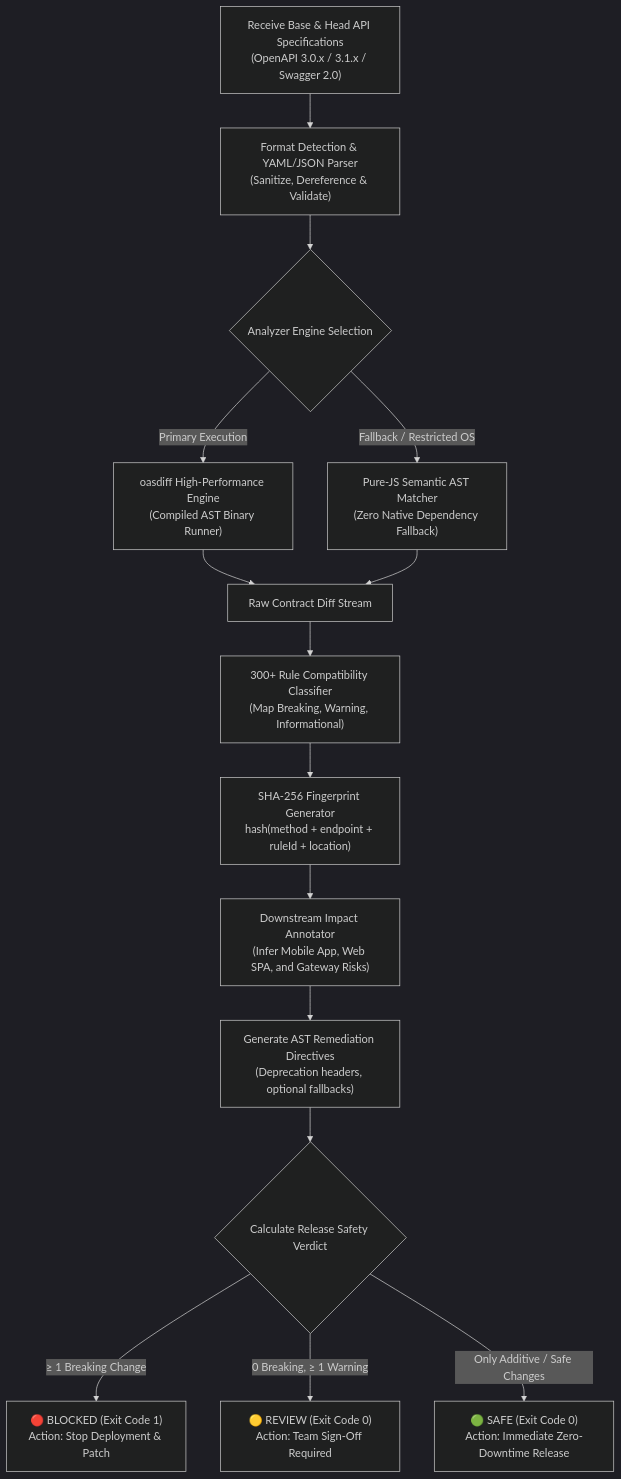
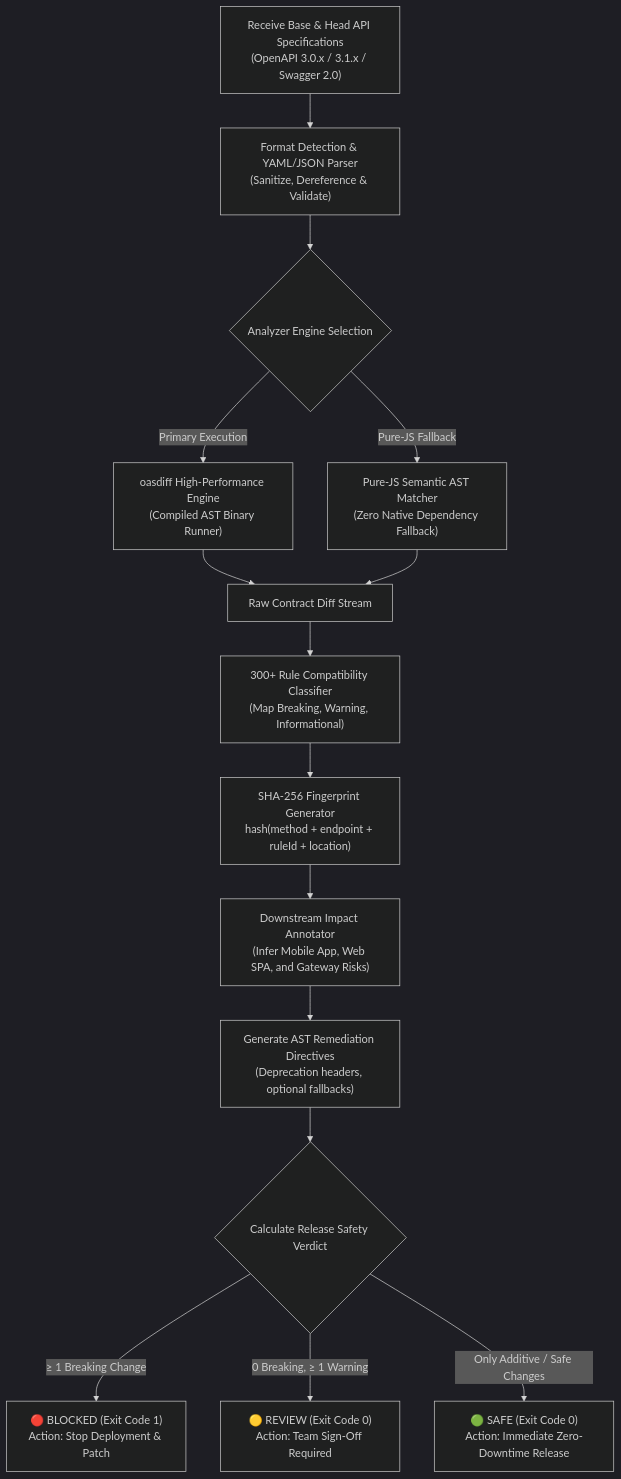
Before and after one commit to subratoghosh/uncharted_shakti_1: the second of 12 diagrams in README.md, drawn with Mermaid (dark theme). The commit also changed other lines of this file, not shown here.

Commit message:
docs: fix mermaid parse error in section 7 and clarify deliverables (website, extension, agent skill)

````diff
--- a/README.md
+++ b/README.md
@@ -177,25 +185,25 @@
 ```mermaid
 flowchart TD
     Start["Receive Base & Head API Specifications<br/>(OpenAPI 3.0.x / 3.1.x / Swagger 2.0)"] --> ParseInput["Format Detection & YAML/JSON Parser<br/>(Sanitize, Dereference & Validate)"]
     
     ParseInput --> EngineSelect{"Analyzer Engine Selection"}
     EngineSelect -->|Primary Execution| OasDiffNode["oasdiff High-Performance Engine<br/>(Compiled AST Binary Runner)"]
-    EngineSelect -->|Fallback / Restricted OS| PureJsNode["Pure-JS Semantic AST Matcher<br/>(Zero Native Dependency Fallback)"]
+    EngineSelect -->|Pure-JS Fallback| PureJsNode["Pure-JS Semantic AST Matcher<br/>(Zero Native Dependency Fallback)"]
     
     OasDiffNode --> DiffResults["Raw Contract Diff Stream"]
     PureJsNode --> DiffResults
     
     DiffResults --> RuleClassifier["300+ Rule Compatibility Classifier<br/>(Map Breaking, Warning, Informational)"]
     
     RuleClassifier --> FingerprintStage["SHA-256 Fingerprint Generator<br/>hash(method + endpoint + ruleId + location)"]
     
     FingerprintStage --> ImpactMapping["Downstream Impact Annotator<br/>(Infer Mobile App, Web SPA, and Gateway Risks)"]
     
     ImpactMapping --> RemediationHints["Generate AST Remediation Directives<br/>(Deprecation headers, optional fallbacks)"]
     
     RemediationHints --> ComputeVerdict{"Calculate Release Safety Verdict"}
     
     ComputeVerdict -->|&ge; 1 Breaking Change| VerdictBlocked["🔴 BLOCKED (Exit Code 1)<br/>Action: Stop Deployment & Patch"]
     ComputeVerdict -->|0 Breaking, &ge; 1 Warning| VerdictReview["🟡 REVIEW (Exit Code 0)<br/>Action: Team Sign-Off Required"]
     ComputeVerdict -->|Only Additive / Safe Changes| VerdictSafe["🟢 SAFE (Exit Code 0)<br/>Action: Immediate Zero-Downtime Release"]
 ```
````
